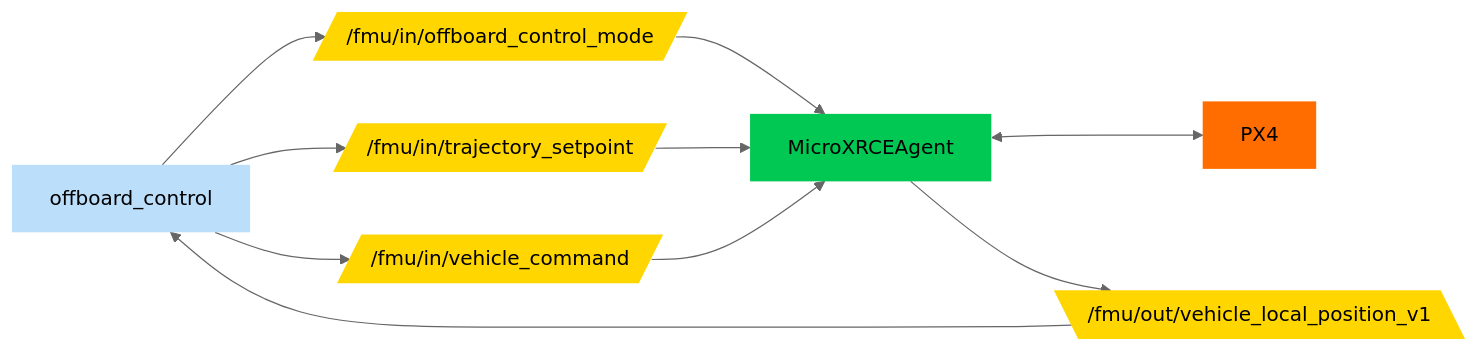
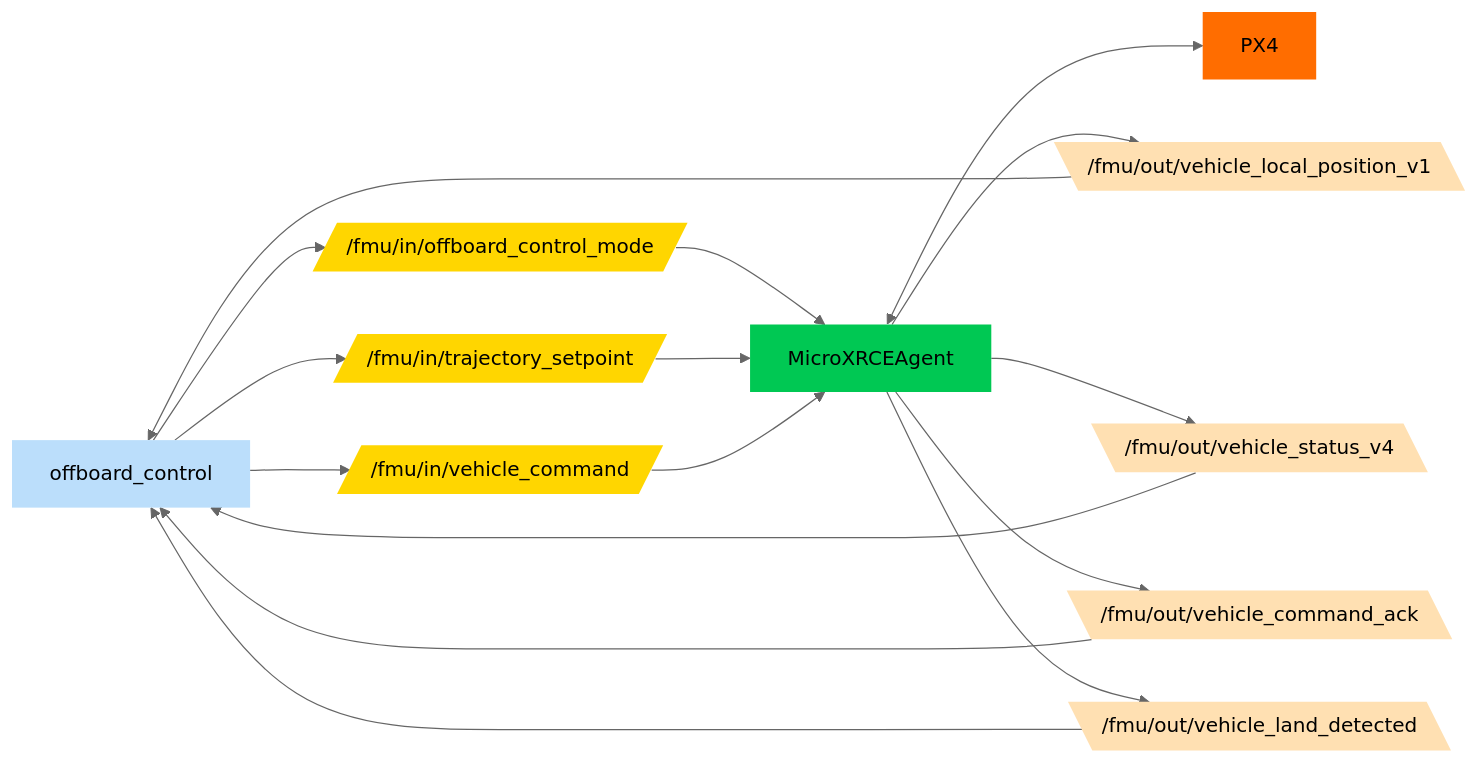
One commit to LucaLizon/swarm-explorer changed the diagram in docs/offboard_control_node.md. Above: the diagram before and after it, drawn with Mermaid (neutral theme).

Commit message:
docs(swarm_control): added new subscribers to the flowchart

````diff
--- a/docs/offboard_control_node.md
+++ b/docs/offboard_control_node.md
@@ -5,23 +5,34 @@
 ```mermaid
 flowchart LR
     n1["offboard_control"] --> n2["/fmu/in/offboard_control_mode"] & n4["/fmu/in/trajectory_setpoint"] & n5["/fmu/in/vehicle_command"]
-    n2 & n4 & n5 --> n6["MicroXRCEAgent"]
+    n2 --> n6["MicroXRCEAgent"]
+    n4 --> n6
+    n5 --> n6
     n6 <--> n8["PX4"]
-    n6 --> n7["/fmu/out/vehicle_local_position_v1"]
+    n6 --> n7["/fmu/out/vehicle_local_position_v1"] & n9@{ label: "<span style=\"color:\">/fmu/out/vehicle_status_v4</span>" } & n10@{ label: "<span style=\"color:\">/fmu/out/vehicle_command_ack</span>" } & n11@{ label: "<span style=\"color:\">/fmu/out/vehicle_land_detected</span>" }
     n7 --> n1
+    n9 --> n1
+    n10 --> n1
+    n11 --> n1
 
     n1@{ shape: proc}
     n2@{ shape: in-out}
     n4@{ shape: in-out}
     n5@{ shape: in-out}
     n6@{ shape: proc}
+    n8@{ shape: proc}
     n7@{ shape: out-in}
-    n8@{ shape: proc}
+    n9@{ shape: out-in}
+    n10@{ shape: out-in}
+    n11@{ shape: out-in}
     style n1 fill:#BBDEFB,stroke-width:0px
     style n2 fill:#FFD600,stroke-width:0px
     style n4 fill:#FFD600,stroke-width:0px
     style n5 fill:#FFD600,stroke-width:0px
     style n6 fill:#00C853,stroke-width:0px
-    style n7 fill:#FFD600,stroke-width:0px
     style n8 fill:#FF6D00,stroke-width:0px
+    style n7 fill:#FFE0B2,stroke-width:0px
+    style n9 fill:#FFE0B2,stroke-width:0px
+    style n10 fill:#FFE0B2,stroke-width:0px
+    style n11 fill:#FFE0B2,stroke-width:0px
 ```
````
